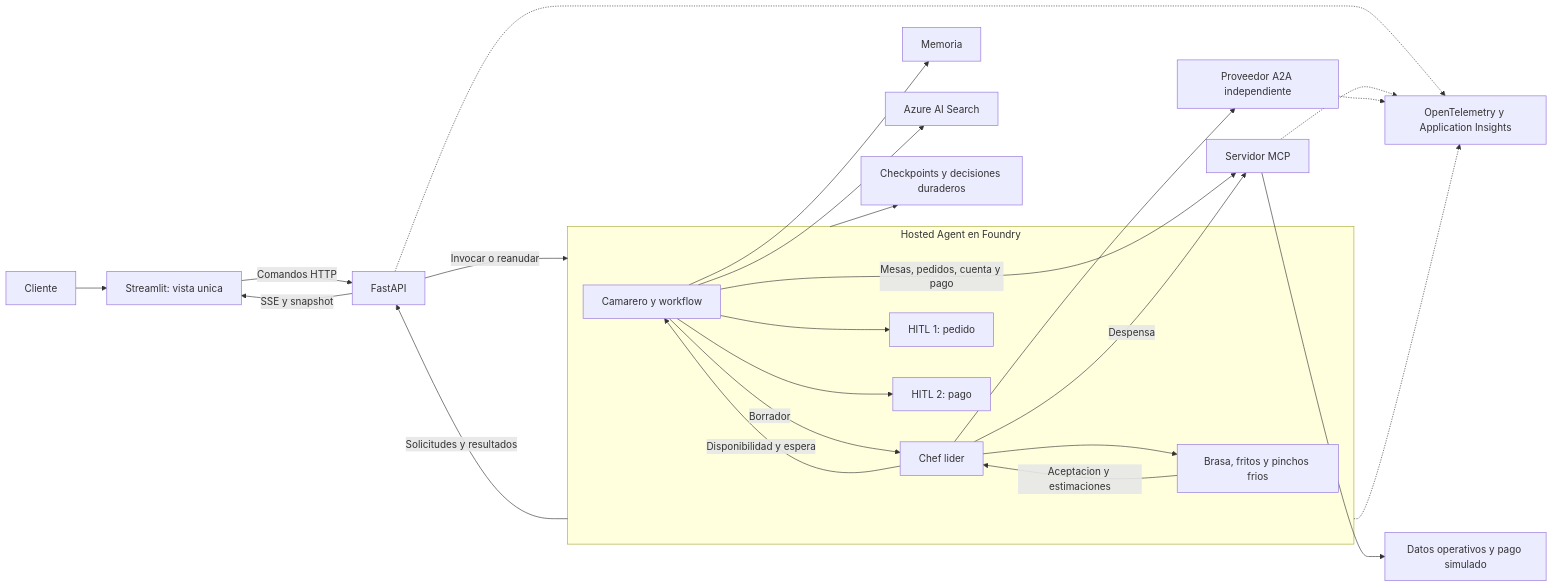
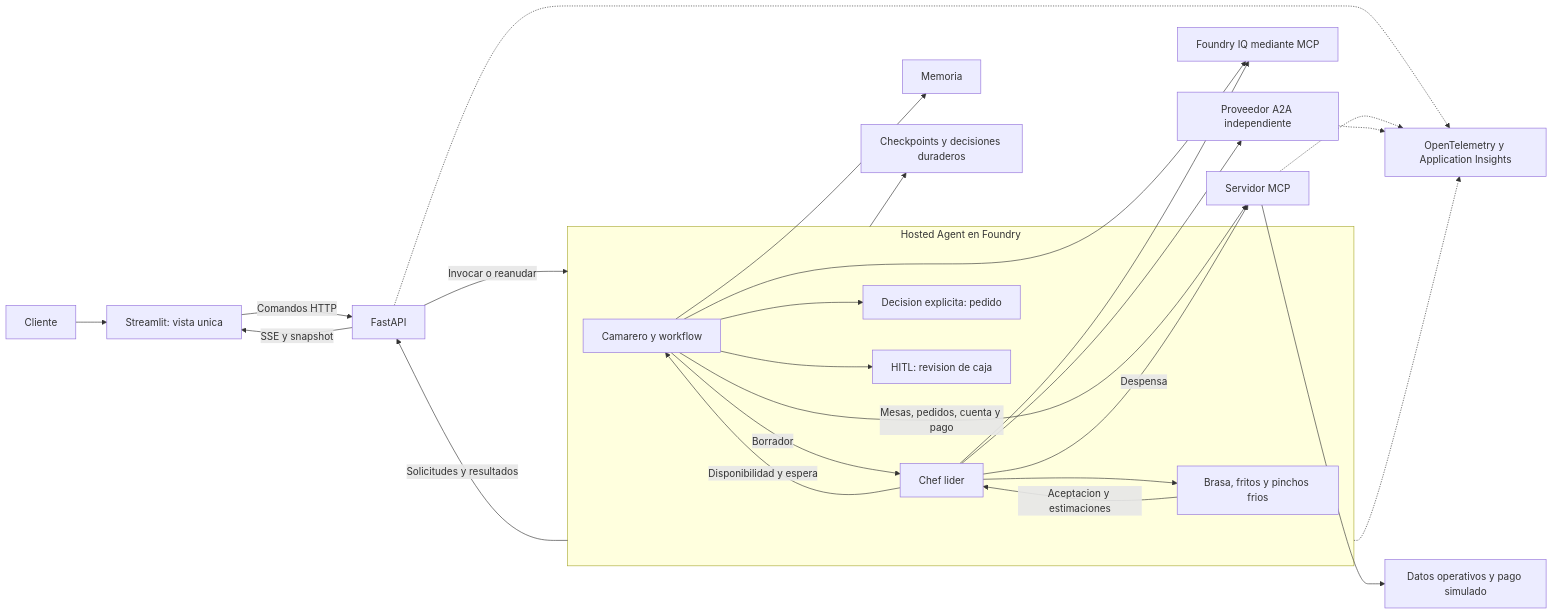
The diagram in PLAN_IMPLEMENTACION.md (dsanchor/morcillaconf), drawn with Mermaid before and after one commit. The commit also changed other lines of this file and 4 other files, not shown here.

````diff
--- a/PLAN_IMPLEMENTACION.md
+++ b/PLAN_IMPLEMENTACION.md
@@ -110,27 +115,28 @@
 ```mermaid
 flowchart LR
     C[Cliente] --> UI[Streamlit: vista unica]
     UI -->|Comandos HTTP| BFF[FastAPI]
     BFF -->|SSE y snapshot| UI
     BFF -->|Invocar o reanudar| HOST
     subgraph HOST[Hosted Agent en Foundry]
         W[Camarero y workflow] -->|Borrador| CHEF[Chef lider]
         CHEF --> S[Brasa, fritos y pinchos frios]
         S -->|Aceptacion y estimaciones| CHEF
         CHEF -->|Disponibilidad y espera| W
-        W --> H1[HITL 1: pedido]
-        W --> H2[HITL 2: pago]
+        W --> D[Decision explicita: pedido]
+        W --> H[HITL: revision de caja]
     end
     HOST -->|Solicitudes y resultados| BFF
     W --> MEM[Memoria]
-    W --> RAG[Azure AI Search]
+    W --> KB[Foundry IQ mediante MCP]
+    CHEF --> KB
     W -->|Mesas, pedidos, cuenta y pago| MCP[Servidor MCP]
     CHEF -->|Despensa| MCP
     CHEF --> A2A[Proveedor A2A independiente]
     MCP --> DB[Datos operativos y pago simulado]
     HOST --> CP[Checkpoints y decisiones duraderos]
     HOST -.-> OBS[OpenTelemetry y Application Insights]
     BFF -.-> OBS
     MCP -.-> OBS
     A2A -.-> OBS
 ```
````
